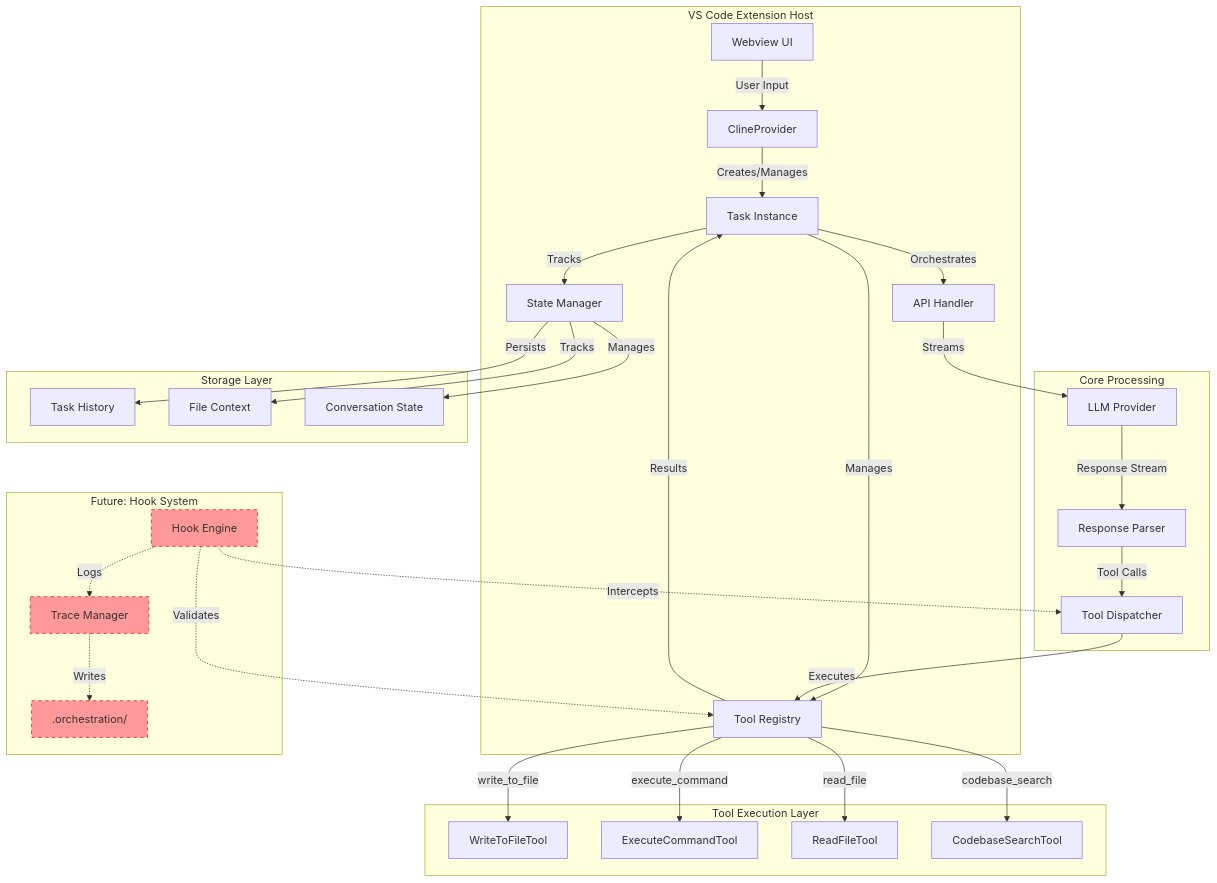
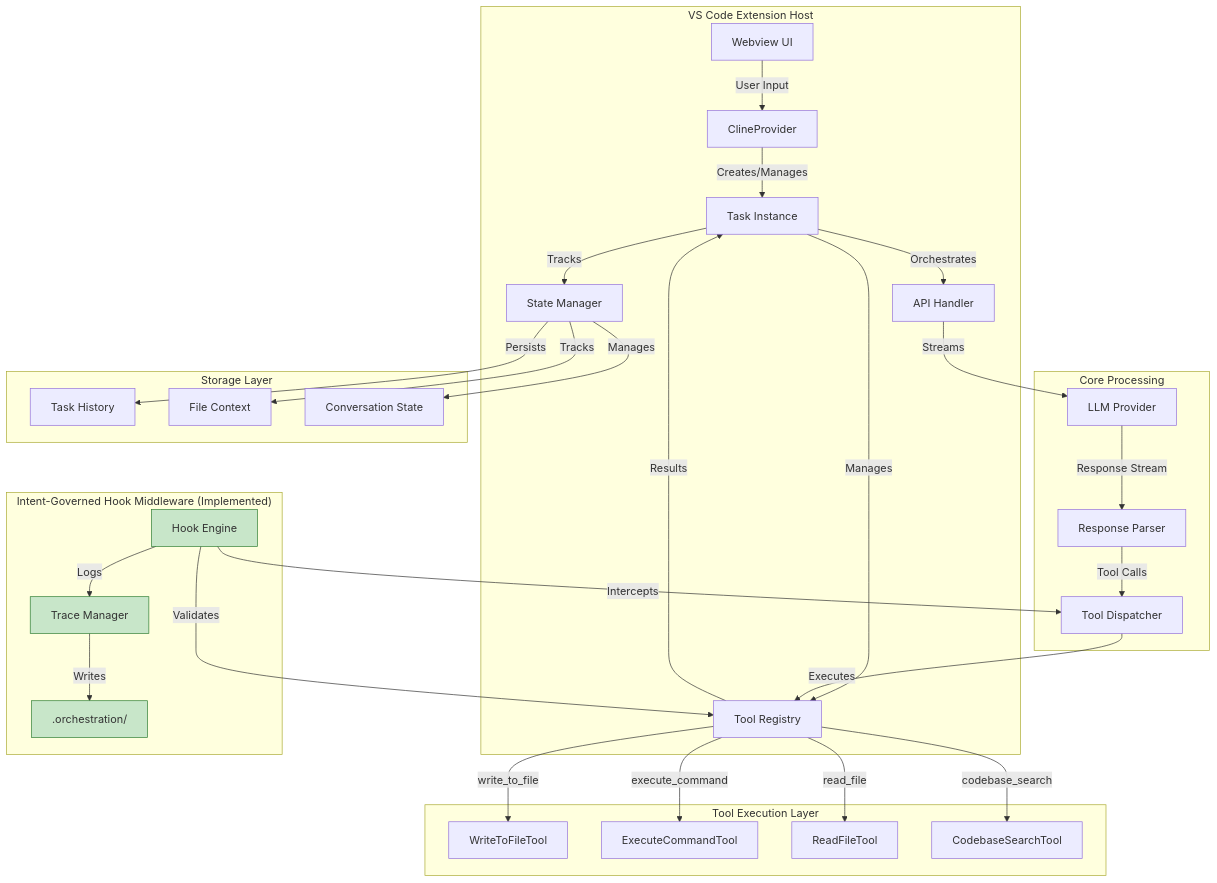
The first of 19 diagrams in ARCHITECTURE_NOTES.md (MamaMoh/TRP1-Challenge-Week-1), drawn with Mermaid before and after one commit. The commit also changed other lines of this file and 6 other files, not shown here.

First line of the commit message:
docs: expand ARCHITECTURE_NOTES with detailed Intent-Governed Hook Middleware

````diff
--- a/ARCHITECTURE_NOTES.md
+++ b/ARCHITECTURE_NOTES.md
@@ -33,42 +36,42 @@
 ```mermaid
 graph TB
     subgraph "VS Code Extension Host"
         A[Webview UI] -->|User Input| B[ClineProvider]
         B -->|Creates/Manages| C[Task Instance]
         C -->|Orchestrates| D[API Handler]
         C -->|Manages| E[Tool Registry]
         C -->|Tracks| F[State Manager]
     end
 
     subgraph "Core Processing"
         D -->|Streams| G[LLM Provider]
         G -->|Response Stream| H[Response Parser]
         H -->|Tool Calls| I[Tool Dispatcher]
         I -->|Executes| E
         E -->|Results| C
     end
 
     subgraph "Tool Execution Layer"
         E -->|write_to_file| J[WriteToFileTool]
         E -->|execute_command| K[ExecuteCommandTool]
         E -->|read_file| L[ReadFileTool]
         E -->|codebase_search| M[CodebaseSearchTool]
     end
 
     subgraph "Storage Layer"
         F -->|Persists| N[Task History]
         F -->|Tracks| O[File Context]
         F -->|Manages| P[Conversation State]
     end
 
-    subgraph "Future: Hook System"
-        Q[Hook Engine] -.->|Intercepts| I
-        Q -.->|Validates| E
-        Q -.->|Logs| R[Trace Manager]
-        R -.->|Writes| S[.orchestration/]
+    subgraph "Intent-Governed Hook Middleware (Implemented)"
+        Q[Hook Engine] -->|Intercepts| I
+        Q -->|Validates| E
+        Q -->|Logs| R[Trace Manager]
+        R -->|Writes| S[.orchestration/]
     end
 
-    style Q fill:#ff9999,stroke:#ff0000,stroke-dasharray: 5 5
-    style R fill:#ff9999,stroke:#ff0000,stroke-dasharray: 5 5
-    style S fill:#ff9999,stroke:#ff0000,stroke-dasharray: 5 5
+    style Q fill:#c8e6c9,stroke:#2e7d32
+    style R fill:#c8e6c9,stroke:#2e7d32
+    style S fill:#c8e6c9,stroke:#2e7d32
 ```
````
